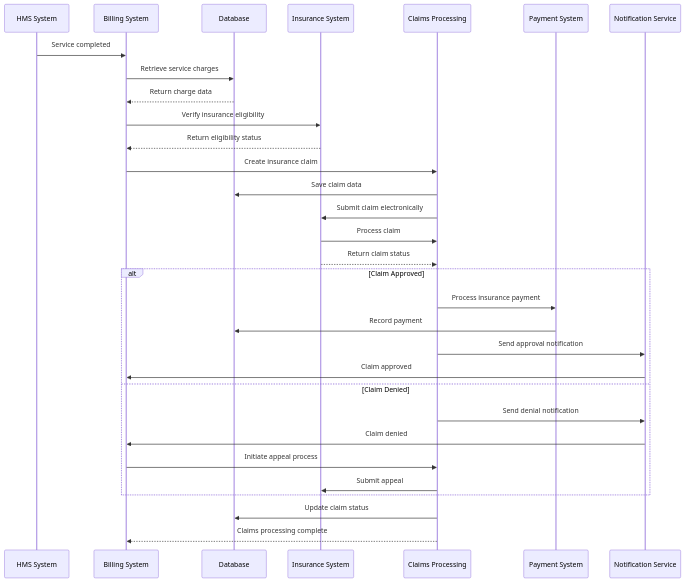
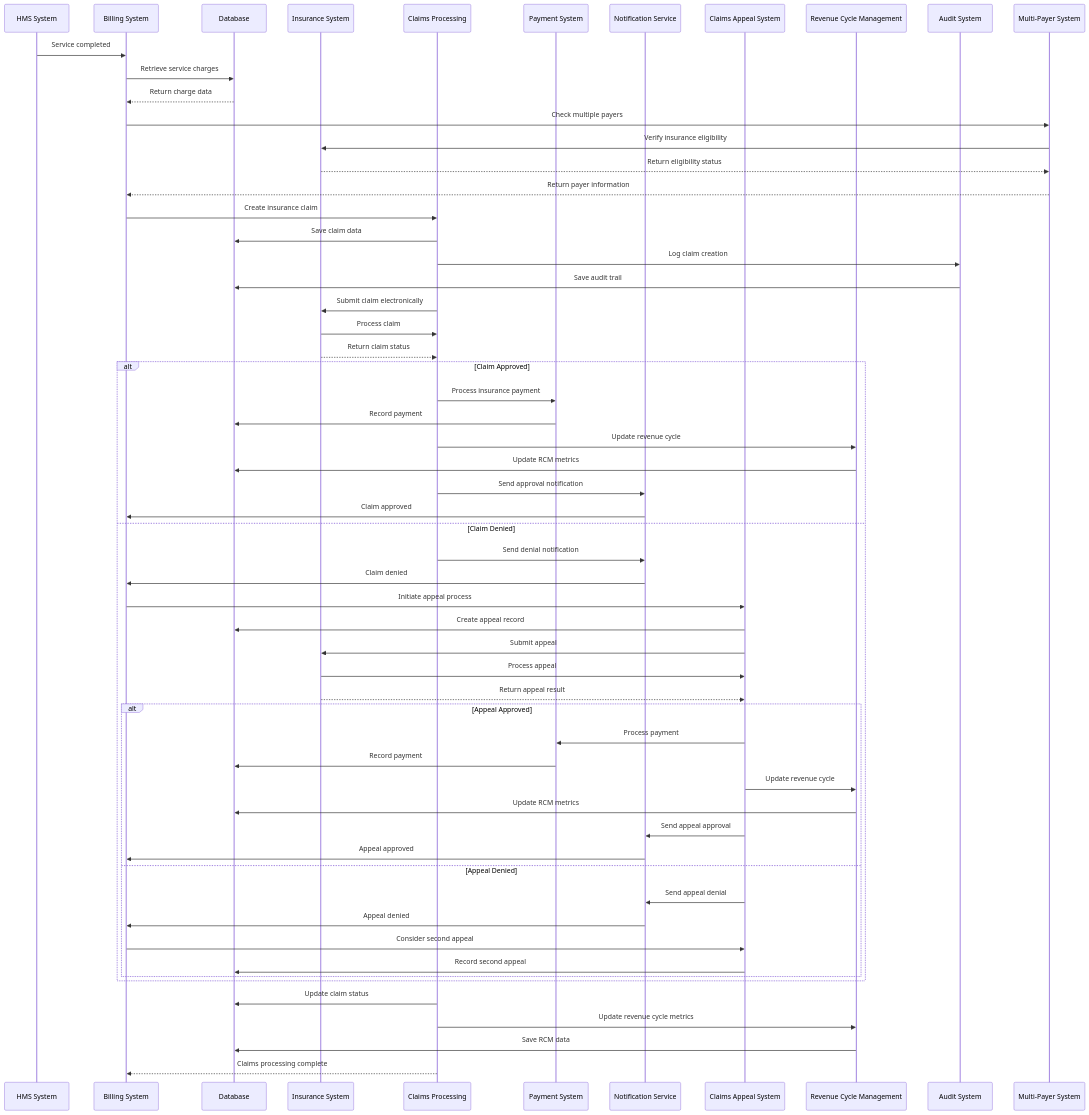
The second of 13 diagrams in sequence-diagrams/billing-finance-sequence.md (harcop/limises), drawn with Mermaid before and after one commit. The commit also changed other lines of this file and 16 other files, not shown here.

````diff
--- a/sequence-diagrams/billing-finance-sequence.md
+++ b/sequence-diagrams/billing-finance-sequence.md
@@ -40,34 +40,62 @@
 ```mermaid
 sequenceDiagram
     participant HMS as HMS System
     participant BILLING as Billing System
     participant DB as Database
     participant INSURANCE as Insurance System
     participant CLAIMS as Claims Processing
     participant PAYMENT as Payment System
     participant NOT as Notification Service
+    participant APPEAL as Claims Appeal System
+    participant RCM as Revenue Cycle Management
+    participant AUDIT as Audit System
+    participant MULTI_PAYER as Multi-Payer System
 
     HMS->>BILLING: Service completed
     BILLING->>DB: Retrieve service charges
     DB-->>BILLING: Return charge data
-    BILLING->>INSURANCE: Verify insurance eligibility
-    INSURANCE-->>BILLING: Return eligibility status
+    BILLING->>MULTI_PAYER: Check multiple payers
+    MULTI_PAYER->>INSURANCE: Verify insurance eligibility
+    INSURANCE-->>MULTI_PAYER: Return eligibility status
+    MULTI_PAYER-->>BILLING: Return payer information
     BILLING->>CLAIMS: Create insurance claim
     CLAIMS->>DB: Save claim data
+    CLAIMS->>AUDIT: Log claim creation
+    AUDIT->>DB: Save audit trail
     CLAIMS->>INSURANCE: Submit claim electronically
     INSURANCE->>CLAIMS: Process claim
     INSURANCE-->>CLAIMS: Return claim status
     alt Claim Approved
         CLAIMS->>PAYMENT: Process insurance payment
         PAYMENT->>DB: Record payment
+        CLAIMS->>RCM: Update revenue cycle
+        RCM->>DB: Update RCM metrics
         CLAIMS->>NOT: Send approval notification
         NOT->>BILLING: Claim approved
     else Claim Denied
         CLAIMS->>NOT: Send denial notification
         NOT->>BILLING: Claim denied
-        BILLING->>CLAIMS: Initiate appeal process
-        CLAIMS->>INSURANCE: Submit appeal
+        BILLING->>APPEAL: Initiate appeal process
+        APPEAL->>DB: Create appeal record
+        APPEAL->>INSURANCE: Submit appeal
+        INSURANCE->>APPEAL: Process appeal
+        INSURANCE-->>APPEAL: Return appeal result
+        alt Appeal Approved
+            APPEAL->>PAYMENT: Process payment
+            PAYMENT->>DB: Record payment
+            APPEAL->>RCM: Update revenue cycle
+            RCM->>DB: Update RCM metrics
+            APPEAL->>NOT: Send appeal approval
+            NOT->>BILLING: Appeal approved
+        else Appeal Denied
+            APPEAL->>NOT: Send appeal denial
+            NOT->>BILLING: Appeal denied
+            BILLING->>APPEAL: Consider second appeal
+            APPEAL->>DB: Record second appeal
+        end
     end
     CLAIMS->>DB: Update claim status
+    CLAIMS->>RCM: Update revenue cycle metrics
+    RCM->>DB: Save RCM data
     CLAIMS-->>BILLING: Claims processing complete
 ```
````
